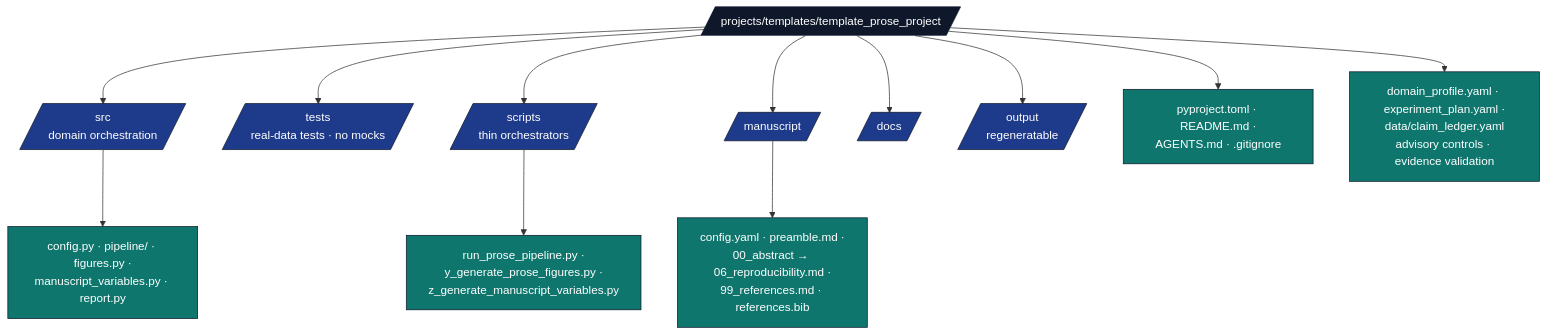
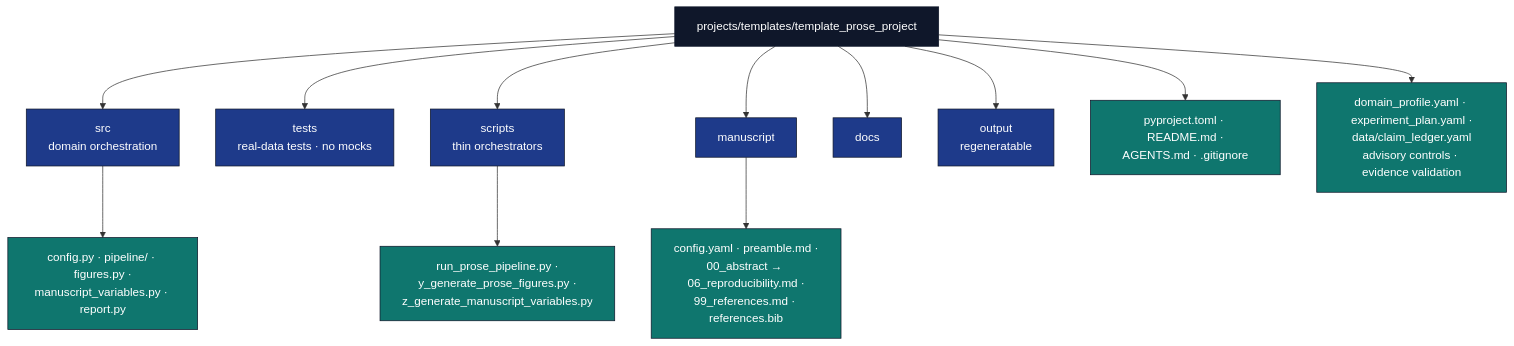
Before and after one commit to docxology/template: the diagram in projects/templates/template_prose_project/AGENTS.md, drawn with Mermaid. The commit also changed 94 other files, not shown here.

````diff
--- a/projects/templates/template_prose_project/AGENTS.md
+++ b/projects/templates/template_prose_project/AGENTS.md
@@ -14,23 +14,23 @@
 ```mermaid
 flowchart TB
-    P[/projects/templates/template_prose_project/]
-    P --> SRC[/src<br/>domain orchestration/]
-    P --> T[/tests<br/>real-data tests · no mocks/]
-    P --> SC[/scripts<br/>thin orchestrators/]
-    P --> M[/manuscript/]
-    P --> DOCS[/docs/]
-    P --> OUT[/output<br/>regeneratable/]
+    P[projects/templates/template_prose_project]
+    P --> SRC[src<br/>domain orchestration]
+    P --> T[tests<br/>real-data tests · no mocks]
+    P --> SC[scripts<br/>thin orchestrators]
+    P --> M[manuscript]
+    P --> DOCS[docs]
+    P --> OUT[output<br/>regeneratable]
     P --> META[pyproject.toml · README.md ·<br/>AGENTS.md · .gitignore]
     P --> OVERLAY[domain_profile.yaml · experiment_plan.yaml ·<br/>data/claim_ledger.yaml<br/>advisory controls · evidence validation]
 
     SRC --> SRC_F[config.py · pipeline/ · figures.py ·<br/>manuscript_variables.py · report.py]
     SC --> SC_F[run_prose_pipeline.py ·<br/>y_generate_prose_figures.py ·<br/>z_generate_manuscript_variables.py]
     M --> M_F[config.yaml · preamble.md ·<br/>00_abstract → 06_reproducibility.md ·<br/>99_references.md · references.bib]
 
     classDef d fill:#0f172a,stroke:#0f172a,color:#fff
     classDef pkg fill:#1e3a8a,stroke:#0f172a,color:#fff
     classDef f fill:#0f766e,stroke:#0f172a,color:#fff
     class P d
     class SRC,T,SC,M,DOCS,OUT pkg
     class SRC_F,SC_F,M_F,META,OVERLAY f
 ```
````
